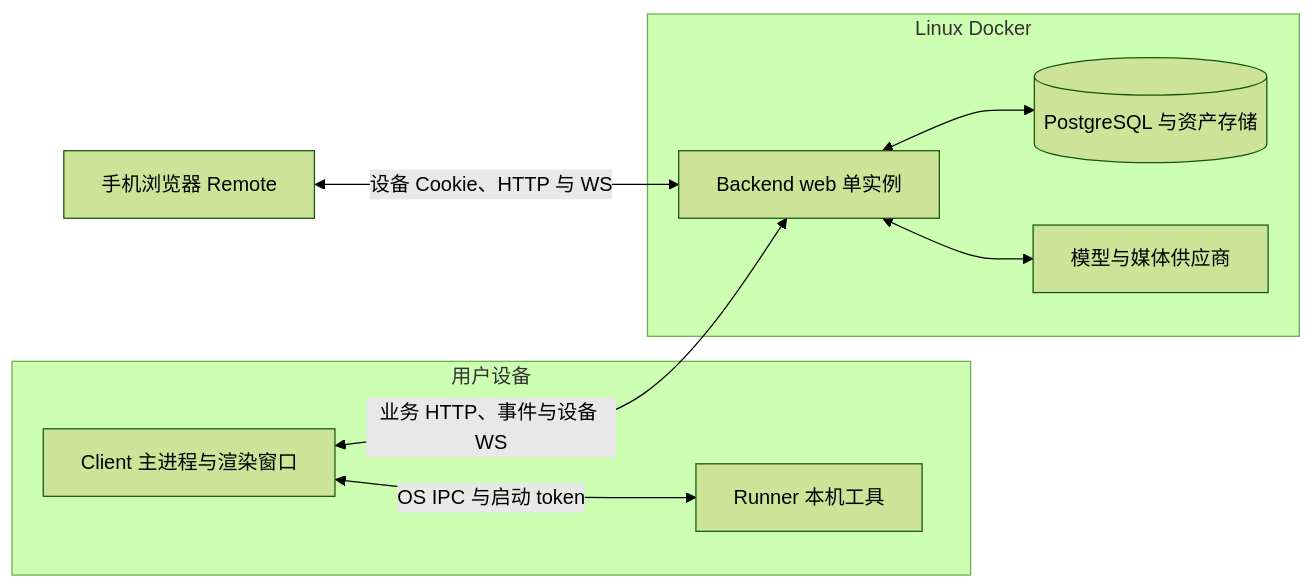
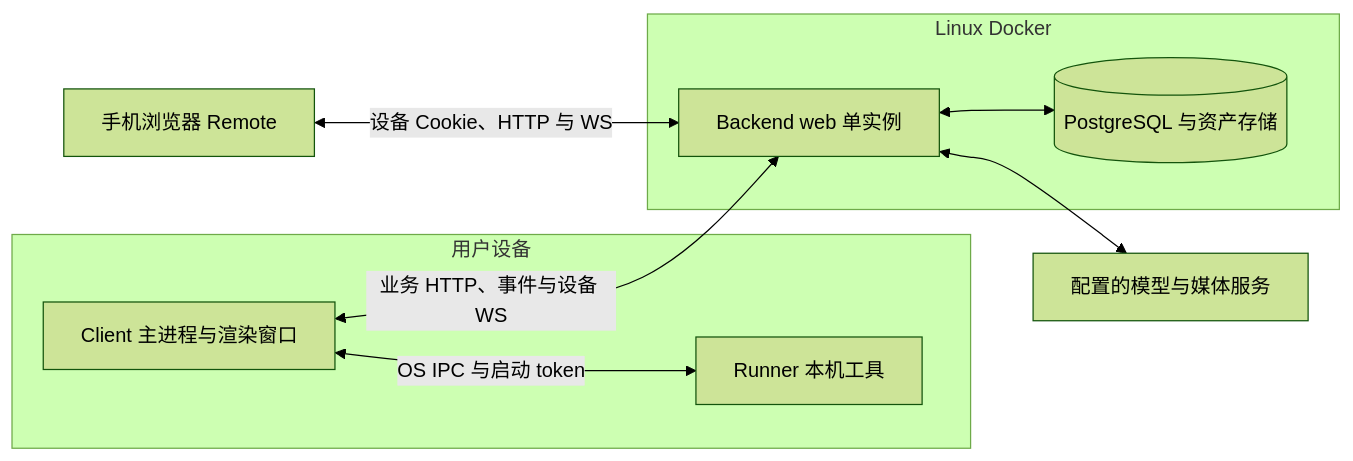
The first of 7 diagrams in docs/ARCHITECTURE_MAP.md (yangjinming1062/SpiritAgent), drawn with Mermaid (forest theme) before and after one commit. The commit also changed other lines of this file and 18 other files, not shown here.

First line of the commit message:
docs(docs): 用图表介绍伙伴功能与使用入口，合并跨模块重复说明

````diff
--- a/docs/ARCHITECTURE_MAP.md
+++ b/docs/ARCHITECTURE_MAP.md
@@ -7,17 +7,16 @@
 ```mermaid
 flowchart LR
     subgraph Desktop[用户设备]
         Client[Client 主进程与渲染窗口]
         Runner[Runner 本机工具]
         Client <-->|OS IPC 与启动 token| Runner
     end
     subgraph Cloud[Linux Docker]
         Backend[Backend web 单实例]
         DB[(PostgreSQL 与资产存储)]
-        Provider[模型与媒体供应商]
         Backend <--> DB
-        Backend <--> Provider
     end
+    Backend <--> Provider[配置的模型与媒体服务]
     Client <-->|业务 HTTP、事件与设备 WS| Backend
     Mobile[手机浏览器 Remote] <-->|设备 Cookie、HTTP 与 WS| Backend
 ```
````
